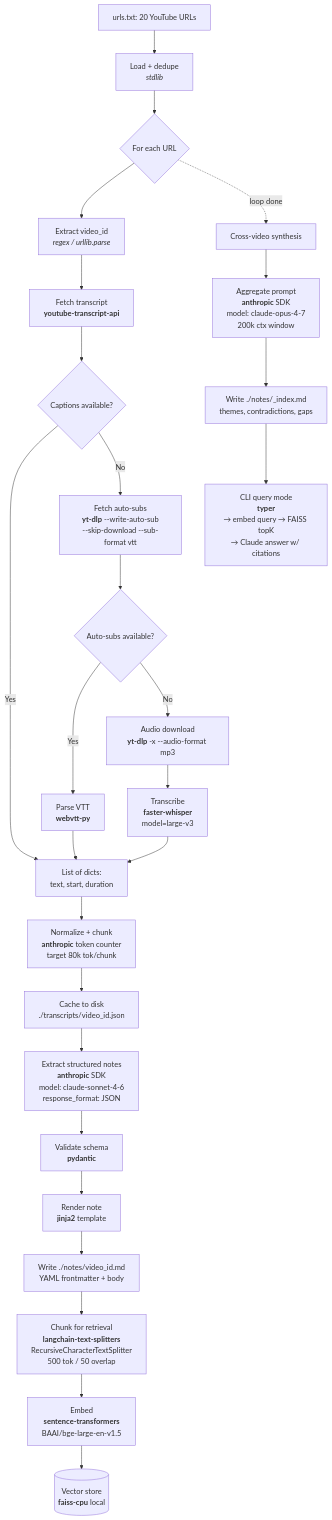
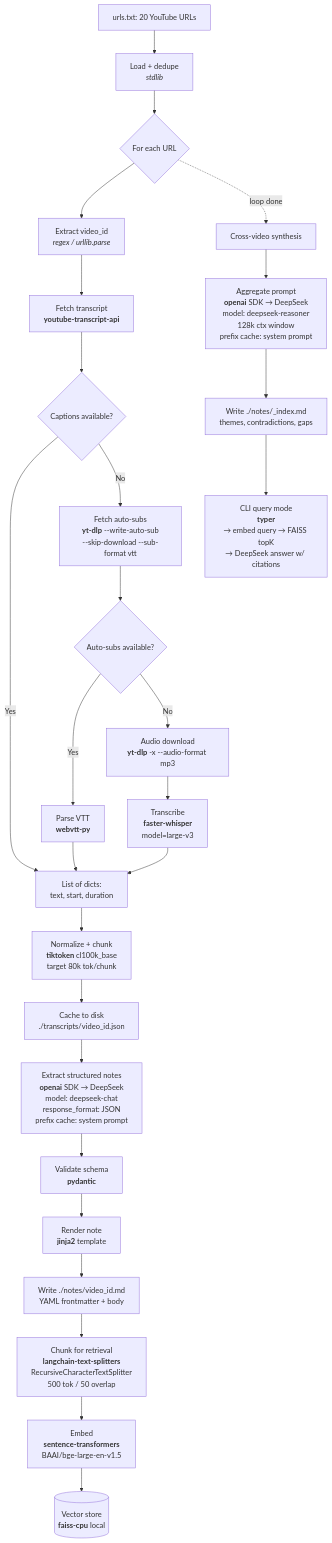
One commit to dzungtr/yt-ingest changed the diagram in docs/superpowers/specs/2026-05-17-yt-ingest-design.md. Above: the diagram before and after it, drawn with Mermaid. The commit also changed other lines of this file, not shown here.

First line of the commit message:
docs: update spec — DeepSeek SDK, prompt caching, layout fix

````diff
--- a/docs/superpowers/specs/2026-05-17-yt-ingest-design.md
+++ b/docs/superpowers/specs/2026-05-17-yt-ingest-design.md
@@ -21,34 +21,34 @@
 ```mermaid
 flowchart TD
     A[urls.txt: 20 YouTube URLs] --> B[Load + dedupe<br/><i>stdlib</i>]
     B --> C{For each URL}
 
     C --> D[Extract video_id<br/><i>regex / urllib.parse</i>]
     D --> E[Fetch transcript<br/><b>youtube-transcript-api</b>]
     E --> F{Captions available?}
     F -->|Yes| J[List of dicts:<br/>text, start, duration]
     F -->|No| G[Fetch auto-subs<br/><b>yt-dlp</b> --write-auto-sub<br/>--skip-download --sub-format vtt]
     G --> H{Auto-subs available?}
     H -->|Yes| H1[Parse VTT<br/><b>webvtt-py</b>] --> J
     H -->|No| I[Audio download<br/><b>yt-dlp</b> -x --audio-format mp3]
     I --> I1[Transcribe<br/><b>faster-whisper</b><br/>model=large-v3]
     I1 --> J
 
-    J --> K[Normalize + chunk<br/><b>anthropic</b> token counter<br/>target 80k tok/chunk]
+    J --> K[Normalize + chunk<br/><b>tiktoken</b> cl100k_base<br/>target 80k tok/chunk]
     K --> L[Cache to disk<br/>./transcripts/video_id.json]
 
-    L --> M[Extract structured notes<br/><b>anthropic</b> SDK<br/>model: claude-sonnet-4-6<br/>response_format: JSON]
+    L --> M[Extract structured notes<br/><b>openai</b> SDK → DeepSeek<br/>model: deepseek-chat<br/>response_format: JSON<br/>prefix cache: system prompt]
     M --> N[Validate schema<br/><b>pydantic</b>]
     N --> O[Render note<br/><b>jinja2</b> template]
     O --> P[Write ./notes/video_id.md<br/>YAML frontmatter + body]
 
     P --> Q[Chunk for retrieval<br/><b>langchain-text-splitters</b><br/>RecursiveCharacterTextSplitter<br/>500 tok / 50 overlap]
     Q --> R[Embed<br/><b>sentence-transformers</b><br/>BAAI/bge-large-en-v1.5]
     R --> S[(Vector store<br/><b>faiss-cpu</b> local)]
 
     C -.loop done.-> T[Cross-video synthesis]
-    T --> U[Aggregate prompt<br/><b>anthropic</b> SDK<br/>model: claude-opus-4-7<br/>200k ctx window]
+    T --> U[Aggregate prompt<br/><b>openai</b> SDK → DeepSeek<br/>model: deepseek-reasoner<br/>128k ctx window<br/>prefix cache: system prompt]
     U --> V[Write ./notes/_index.md<br/>themes, contradictions, gaps]
 
-    V --> W[CLI query mode<br/><b>typer</b><br/>→ embed query → FAISS topK<br/>→ Claude answer w/ citations]
+    V --> W[CLI query mode<br/><b>typer</b><br/>→ embed query → FAISS topK<br/>→ DeepSeek answer w/ citations]
 ```
````
